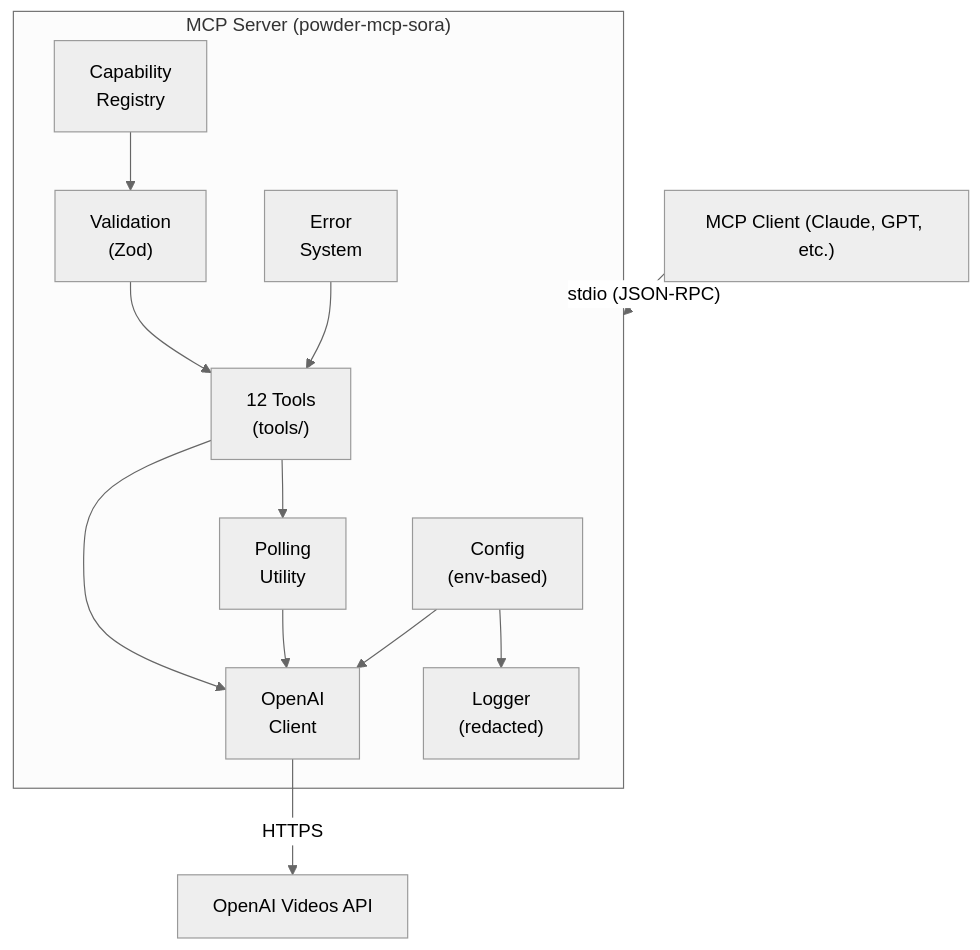
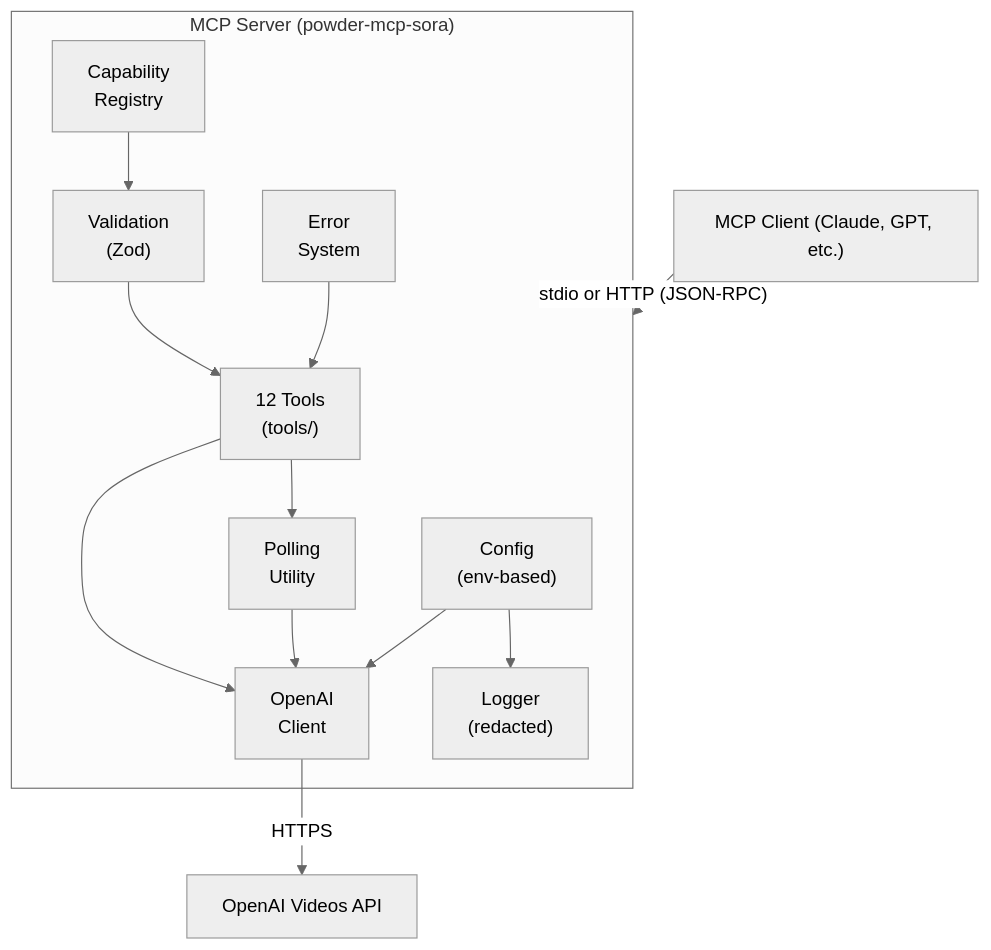
The diagram in README.md (hewlettenterprise/powder-mcp-sora), drawn with Mermaid (neutral theme) before and after one commit. The commit also changed other lines of this file, not shown here.

Commit message:
docs: update README to clarify transport modes and HTTP deployment instructions

````diff
--- a/README.md
+++ b/README.md
@@ -11,27 +11,27 @@
 ```mermaid
 graph TD
     Client["MCP Client (Claude, GPT, etc.)"]
-    Client -->|"stdio (JSON-RPC)"| Server
+    Client -->|"stdio or HTTP (JSON-RPC)"| Server
 
     subgraph Server["MCP Server (powder-mcp-sora)"]
         Tools["12 Tools<br/>(tools/)"]
         Validation["Validation<br/>(Zod)"]
         Capabilities["Capability<br/>Registry"]
         OpenAIClient["OpenAI<br/>Client"]
         Polling["Polling<br/>Utility"]
         Logger["Logger<br/>(redacted)"]
         Errors["Error<br/>System"]
         Config["Config<br/>(env-based)"]
 
         Capabilities --> Validation
         Validation --> Tools
         Tools --> OpenAIClient
         Tools --> Polling
         Polling --> OpenAIClient
         Config --> OpenAIClient
         Config --> Logger
         Errors --> Tools
     end
 
     OpenAIClient -->|HTTPS| API["OpenAI Videos API"]
 ```
````
